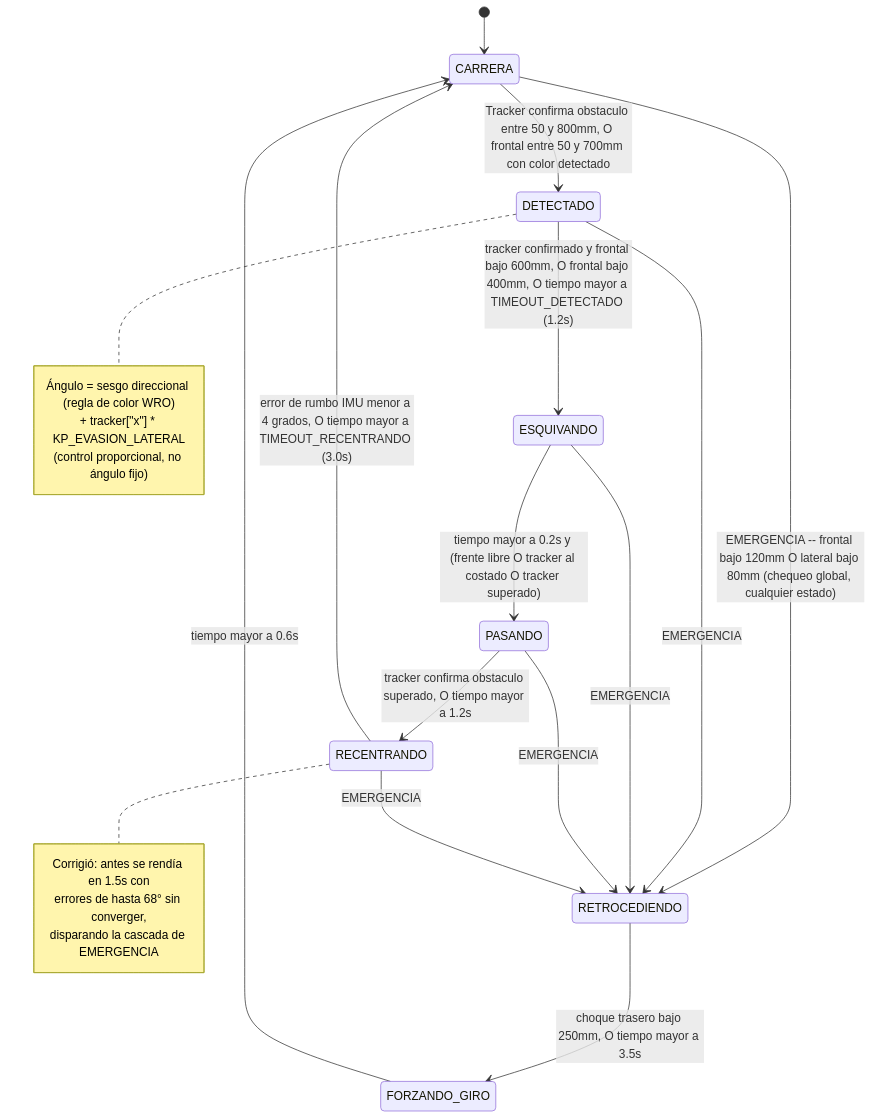
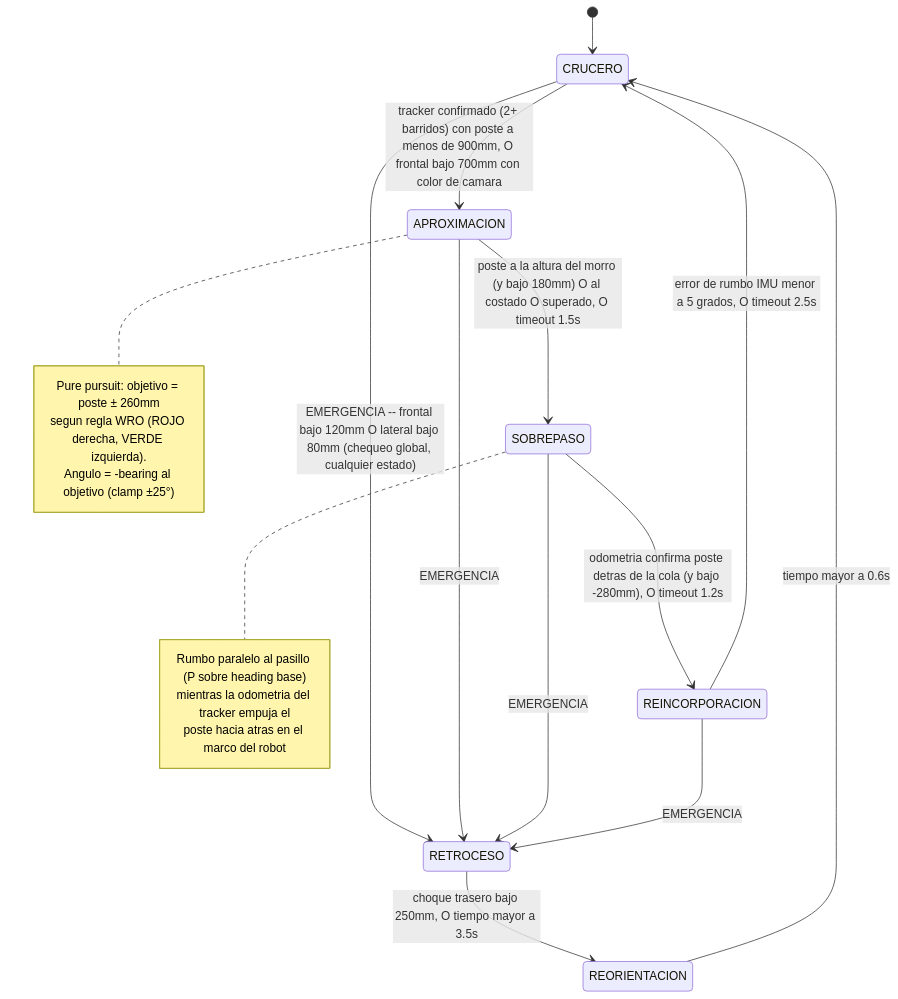
The third of 4 diagrams in README.md (Team-Los-Cedros/WRO-FE-26), drawn with Mermaid before and after one commit. The commit also changed other lines of this file and 6 other files, not shown here.

````diff
--- a/README.md
+++ b/README.md
@@ -404,30 +404,28 @@
 ```mermaid
 stateDiagram-v2
-    [*] --> CARRERA
+    [*] --> CRUCERO
 
-    CARRERA --> DETECTADO: Tracker confirma obstaculo entre 50 y 800mm, O frontal entre 50 y 700mm con color detectado
-    DETECTADO --> ESQUIVANDO: tracker confirmado y frontal bajo 600mm, O frontal bajo 400mm, O tiempo mayor a TIMEOUT_DETECTADO (1.2s)
-    ESQUIVANDO --> PASANDO: tiempo mayor a 0.2s y (frente libre O tracker al costado O tracker superado)
-    PASANDO --> RECENTRANDO: tracker confirma obstaculo superado, O tiempo mayor a 1.2s
-    RECENTRANDO --> CARRERA: error de rumbo IMU menor a 4 grados, O tiempo mayor a TIMEOUT_RECENTRANDO (3.0s)
+    CRUCERO --> APROXIMACION: tracker confirmado (2+ barridos) con poste a menos de 900mm, O frontal bajo 700mm con color de camara
+    APROXIMACION --> SOBREPASO: poste a la altura del morro (y bajo 180mm) O al costado O superado, O timeout 1.5s
+    SOBREPASO --> REINCORPORACION: odometria confirma poste detras de la cola (y bajo -280mm), O timeout 1.2s
+    REINCORPORACION --> CRUCERO: error de rumbo IMU menor a 5 grados, O timeout 2.5s
 
-    CARRERA --> RETROCEDIENDO: EMERGENCIA -- frontal bajo 120mm O lateral bajo 80mm (chequeo global, cualquier estado)
-    DETECTADO --> RETROCEDIENDO: EMERGENCIA
-    ESQUIVANDO --> RETROCEDIENDO: EMERGENCIA
-    PASANDO --> RETROCEDIENDO: EMERGENCIA
-    RECENTRANDO --> RETROCEDIENDO: EMERGENCIA
-    RETROCEDIENDO --> FORZANDO_GIRO: choque trasero bajo 250mm, O tiempo mayor a 3.5s
-    FORZANDO_GIRO --> CARRERA: tiempo mayor a 0.6s
+    CRUCERO --> RETROCESO: EMERGENCIA -- frontal bajo 120mm O lateral bajo 80mm (chequeo global, cualquier estado)
+    APROXIMACION --> RETROCESO: EMERGENCIA
+    SOBREPASO --> RETROCESO: EMERGENCIA
+    REINCORPORACION --> RETROCESO: EMERGENCIA
+    RETROCESO --> REORIENTACION: choque trasero bajo 250mm, O tiempo mayor a 3.5s
+    REORIENTACION --> CRUCERO: tiempo mayor a 0.6s
 
-    note right of DETECTADO
-        Ángulo = sesgo direccional (regla de color WRO)
-        + tracker["x"] * KP_EVASION_LATERAL
-        (control proporcional, no ángulo fijo)
+    note right of APROXIMACION
+        Pure pursuit: objetivo = poste ± 260mm
+        segun regla WRO (ROJO derecha, VERDE izquierda).
+        Angulo = -bearing al objetivo (clamp ±25°)
     end note
 
-    note right of RECENTRANDO
-        Corrigió: antes se rendía en 1.5s con
-        errores de hasta 68° sin converger,
-        disparando la cascada de EMERGENCIA
+    note right of SOBREPASO
+        Rumbo paralelo al pasillo (P sobre heading base)
+        mientras la odometria del tracker empuja el
+        poste hacia atras en el marco del robot
     end note
 ```
````
